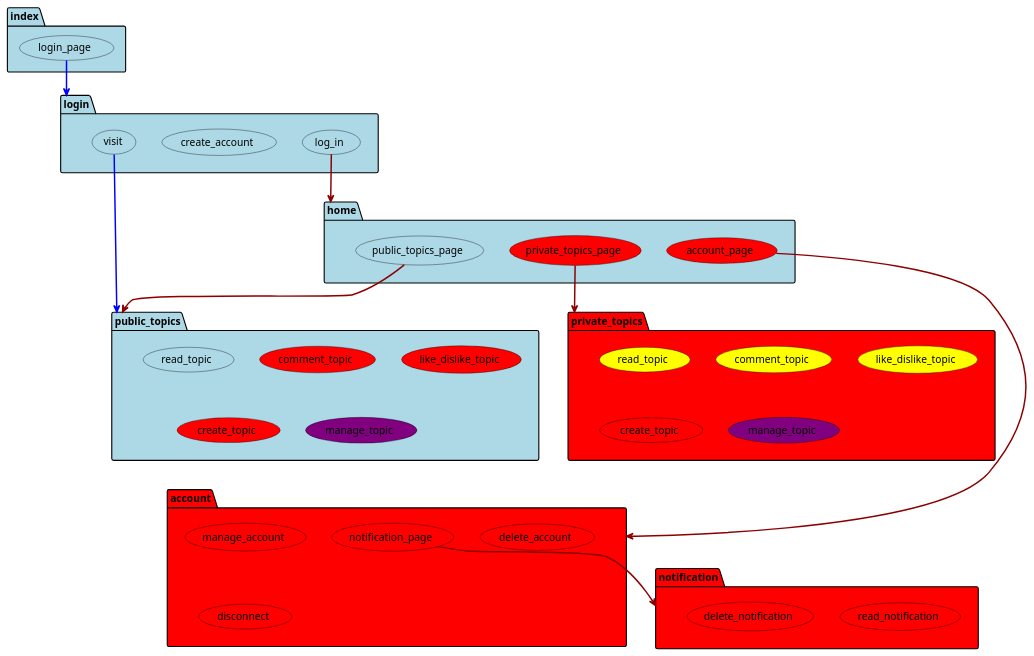
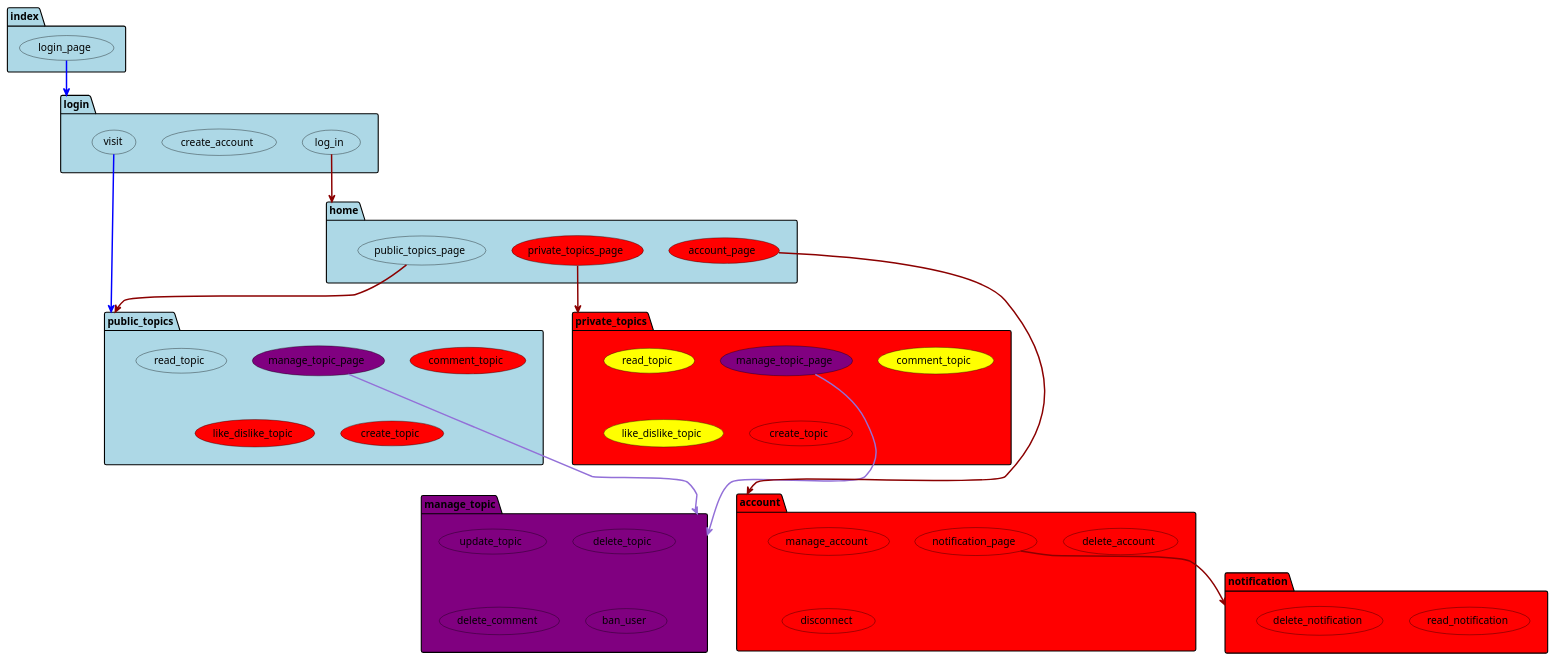
The diagram in doc/conception/interaction_security_schema.puml (ThePension/AWb-g3-ForMax), drawn with PlantUML before and after one commit. The commit also changed 2 other files, not shown here.

Commit message:
Update interaction diagramm

```diff
--- a/doc/conception/interaction_security_schema.puml
+++ b/doc/conception/interaction_security_schema.puml
@@ -1,59 +1,71 @@
 @startuml AW2_Forum_InteractionSchema
+
+top to bottom direction
 
 package index #LightBlue {
     usecase login_page as i1 #LightBlue;line:Black
 }
 
 package login #LightBlue {
     usecase log_in as l1 #LightBlue;line:Black
     usecase create_account as l2 #LightBlue;line:Black
     usecase visit as l3 #LightBlue;line:Black
 }
 
 package home #LightBlue {
     usecase account_page as h1 #Red;line:Black
     usecase public_topics_page as h2 #LightBlue;line:Black
     usecase private_topics_page as h3 #Red;line:Black
 }
 
 package public_topics #LightBlue {
     usecase read_topic as pubt1 #LightBlue;line:Black
     usecase comment_topic as pubt2 #Red;line:Black
     usecase like_dislike_topic as pubt3 #Red;line:Black
     usecase create_topic as pubt4 #Red;line:Black
-    usecase manage_topic as pubt5 #Purple;line:Black
+    usecase manage_topic_page as pubt5 #Purple;line:Black
 }
 
 package private_topics #Red {
     usecase read_topic as prit1 #Yellow;line:Black
     usecase comment_topic as prit2 #Yellow;line:Black
     usecase like_dislike_topic as prit3 #Yellow;line:Black
     usecase create_topic as prit4 #Red;line:Black
-    usecase manage_topic as prit5 #Purple;line:Black
+    usecase manage_topic_page as prit5 #Purple;line:Black
+}
+
+package manage_topic #Purple {
+    usecase update_topic as m1 #Purple;line:Black
+    usecase delete_topic as m2 #Purple;line:Black
+    usecase delete_comment as m3 #Purple;line:Black
+    usecase ban_user as m4 #Purple;line:Black
 }
 
 package account #Red {
     usecase manage_account as a1 #Red;line:Black
     usecase delete_account as a2 #Red;line:Black
     usecase disconnect as a3 #Red;line:Black
     usecase notification_page as a4 #Red;line:Black
 }
 
 package notification #Red {
     usecase read_notification as n1 #Red;line:Black
     usecase delete_notification as n2 #Red;line:Black
 }
 
 i1 --> login #line:blue;line.bold
 
-h3 --> private_topics #line:darkred;line.bold
-h2 --> public_topics #line:darkred;line.bold
+h3 --> private_topics #line:DarkRed;line.bold
+h2 --> public_topics #line:DarkRed;line.bold
 
 l3 --> public_topics #line:blue;line.bold
-l1 --> home #line:darkred;line.bold
+l1 --> home #line:DarkRed;line.bold
 
-h1 --> account #line:darkred;line.bold
+pubt5 --> manage_topic #line:MediumPurple;line.bold
+prit5 --> manage_topic #line:MediumPurple;line.bold
 
-a4 --> notification #line:darkred;line.bold
+h1 --> account #line:DarkRed;line.bold
+
+a4 --> notification #line:DarkRed;line.bold
 
 @enduml
```
